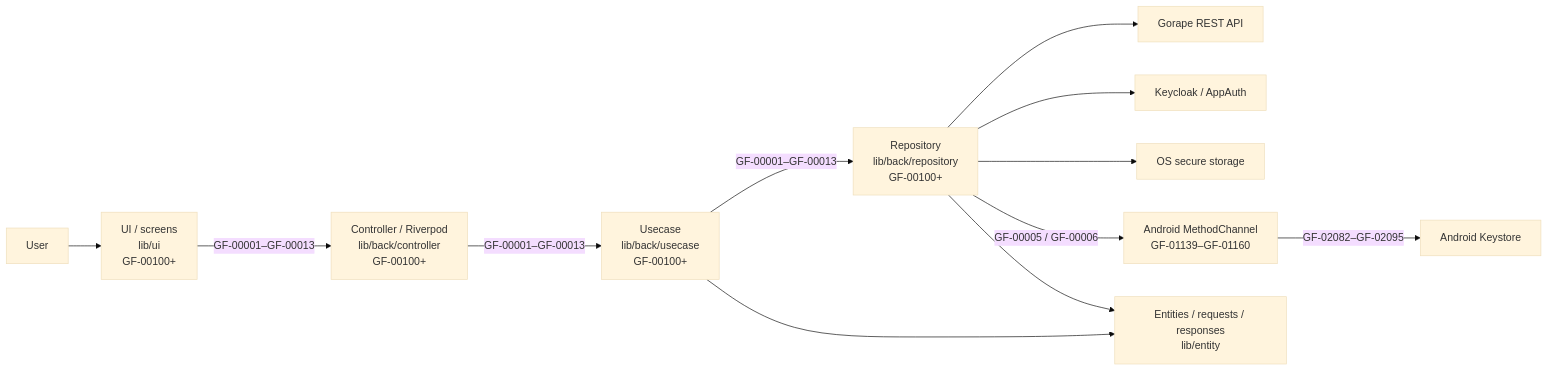
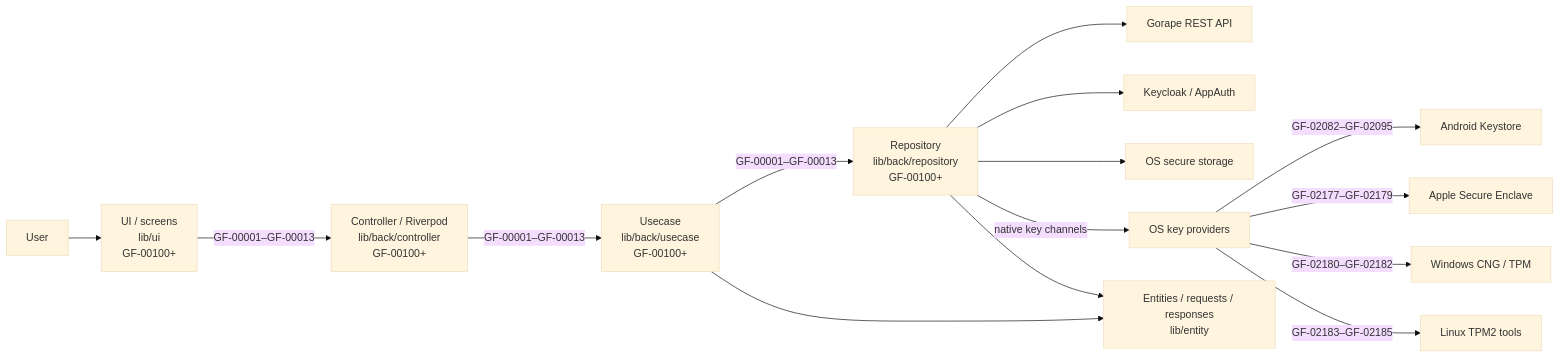
Before and after one commit to GorapeFlutter/gf-app: the first of 9 diagrams in docs/en/ARCHITECTURE.md, drawn with Mermaid (base theme). The commit also changed other lines of this file and 48 other files, not shown here.

Commit message:
feat: align WebAuthn assurance display, native key channels, and documentation IDs

````diff
--- a/docs/en/ARCHITECTURE.md
+++ b/docs/en/ARCHITECTURE.md
@@ -17,14 +17,17 @@
 ```mermaid
 flowchart LR
     User[User] --> UI[UI / screens<br/>lib/ui<br/>GF-00100+]
     UI -->|GF-00001–GF-00013| Controller[Controller / Riverpod<br/>lib/back/controller<br/>GF-00100+]
     Controller -->|GF-00001–GF-00013| Usecase[Usecase<br/>lib/back/usecase<br/>GF-00100+]
     Usecase -->|GF-00001–GF-00013| Repository[Repository<br/>lib/back/repository<br/>GF-00100+]
     Repository --> API[Gorape REST API]
     Repository --> OIDC[Keycloak / AppAuth]
     Repository --> Secure[OS secure storage]
-    Repository -->|GF-00005 / GF-00006| Native[Android MethodChannel<br/>GF-01139–GF-01160]
+    Repository -->|native key channels| Native[OS key providers]
     Native -->|GF-02082–GF-02095| Keystore[Android Keystore]
+    Native -->|GF-02177–GF-02179| Enclave[Apple Secure Enclave]
+    Native -->|GF-02180–GF-02182| CNG[Windows CNG / TPM]
+    Native -->|GF-02183–GF-02185| TPM[Linux TPM2 tools]
     Usecase --> Entity[Entities / requests / responses<br/>lib/entity]
     Repository --> Entity
 ```
````
